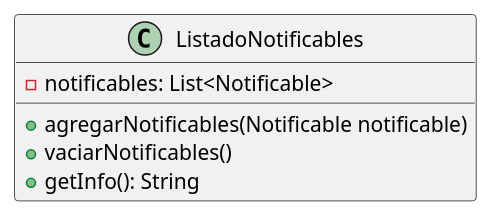
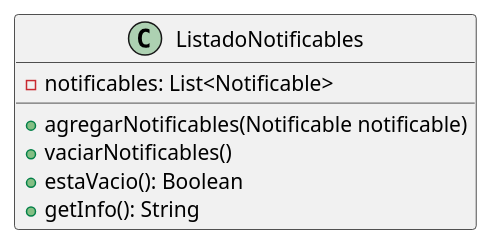
One commit to mbertogliati/dds-tpa changed the diagram in DC/E3/domain/comunidades/notificacionesPersona/ListadoNotificables.puml. Above: the diagram before and after it, drawn with PlantUML. The commit also changed 2 other files, not shown here.

```diff
--- a/DC/E3/domain/comunidades/notificacionesPersona/ListadoNotificables.puml
+++ b/DC/E3/domain/comunidades/notificacionesPersona/ListadoNotificables.puml
@@ -1,12 +1,14 @@
 @startuml
 'https://plantuml.com/class-diagram
 
 class ListadoNotificables{
     -notificables: List<Notificable>
 
     +agregarNotificables(Notificable notificable)
     +vaciarNotificables()
+    +estaVacio(): Boolean
     +getInfo(): String
+
 }
 
 @enduml
```
